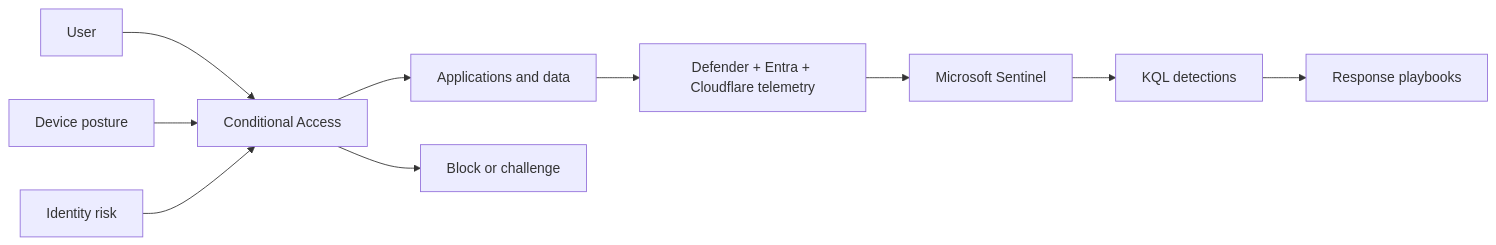
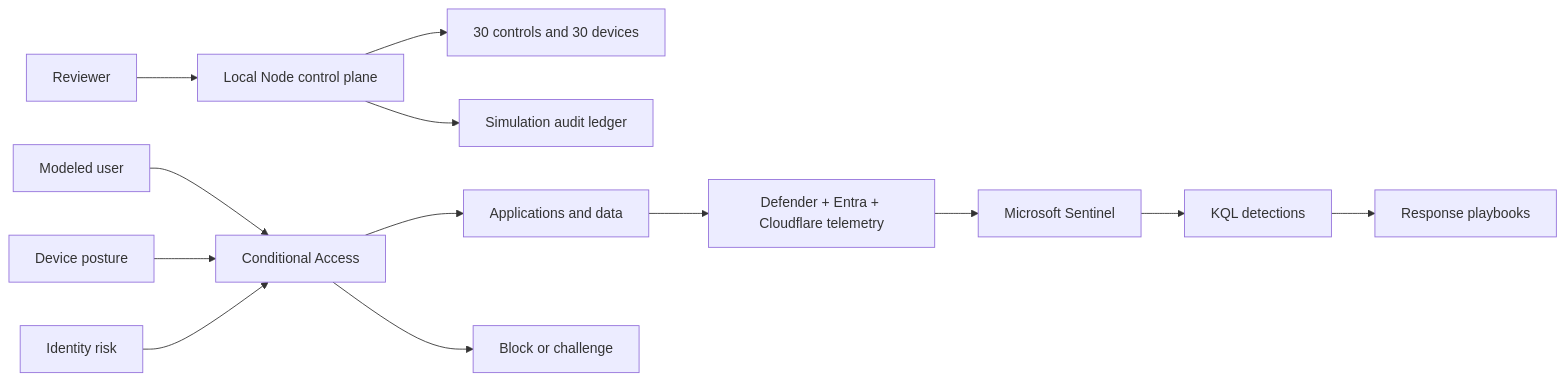
One commit to paulrevanthpersonal-lab/sentinelcore-zero-trust changed the diagram in docs/ARCHITECTURE.md. Above: the diagram before and after it, drawn with Mermaid. The commit also changed other lines of this file and 17 other files, not shown here.

Commit message:
Implement executable Zero Trust control plane

````diff
--- a/docs/ARCHITECTURE.md
+++ b/docs/ARCHITECTURE.md
@@ -3,12 +3,15 @@
 ```mermaid
 flowchart LR
-  USER[User] --> CA[Conditional Access]
+  REVIEWER[Reviewer] --> API[Local Node control plane]
+  API --> INVENTORY[30 controls and 30 devices]
+  API --> AUDIT[Simulation audit ledger]
+  USER[Modeled user] --> CA[Conditional Access]
   DEVICE[Device posture] --> CA
   RISK[Identity risk] --> CA
   CA --> APPS[Applications and data]
   CA --> BLOCK[Block or challenge]
   APPS --> TELEMETRY[Defender + Entra + Cloudflare telemetry]
   TELEMETRY --> SENTINEL[Microsoft Sentinel]
   SENTINEL --> DETECTIONS[KQL detections]
   DETECTIONS --> PLAYBOOKS[Response playbooks]
 ```
````
